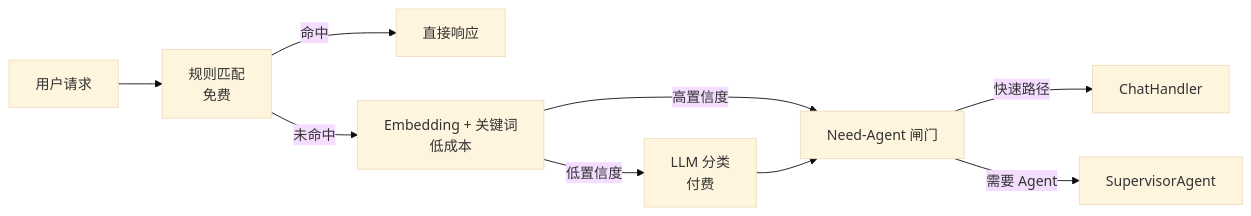
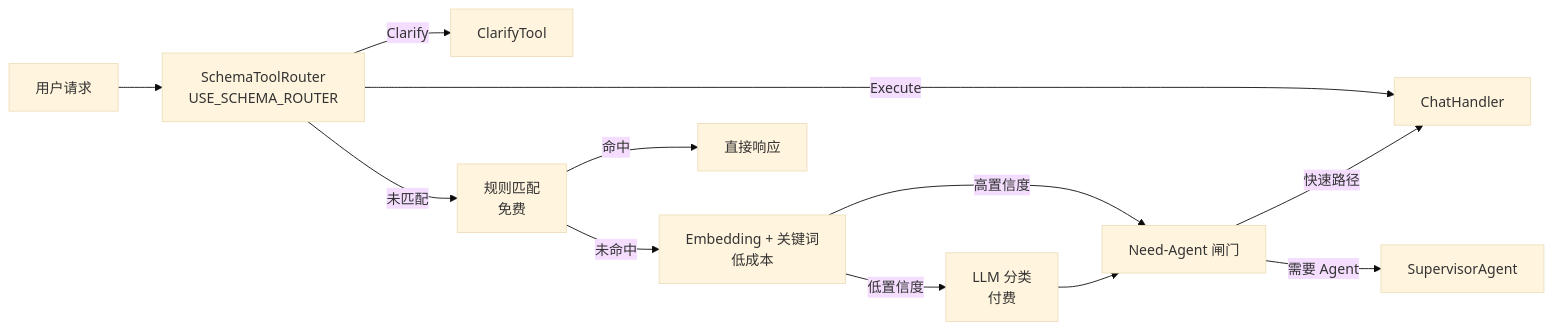
Before and after one commit to kkkano/FinSight: the second of 3 diagrams in readme_cn.md, drawn with Mermaid (base theme). The commit also changed other lines of this file and 15 other files, not shown here.

First line of the commit message:
feat: add schema-driven tool routing and clarify flow

````diff
--- a/readme_cn.md
+++ b/readme_cn.md
@@ -180,11 +188,14 @@
 ```mermaid
 flowchart LR
-    Input[用户请求] --> Rule[规则匹配<br/>免费]
+    Input[用户请求] --> Schema[SchemaToolRouter<br/>USE_SCHEMA_ROUTER]
+    Schema -->|Clarify| Clarify[ClarifyTool]
+    Schema -->|Execute| Chat[ChatHandler]
+    Schema -->|未匹配| Rule[规则匹配<br/>免费]
     Rule -->|命中| Direct[直接响应]
     Rule -->|未命中| Embed[Embedding + 关键词<br/>低成本]
     Embed -->|高置信度| Gate[Need-Agent 闸门]
     Embed -->|低置信度| LLM[LLM 分类<br/>付费]
     LLM --> Gate
     Gate -->|快速路径| Chat[ChatHandler]
     Gate -->|需要 Agent| Agent[SupervisorAgent]
 ```
````
